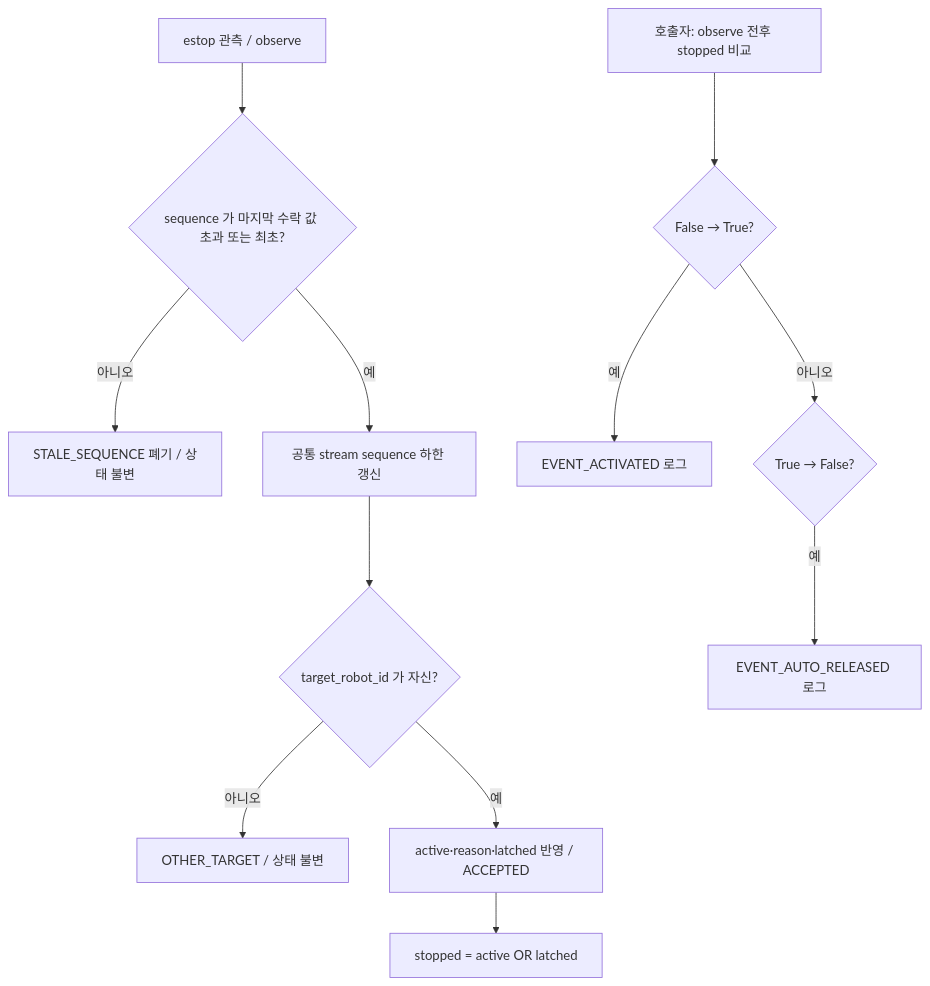
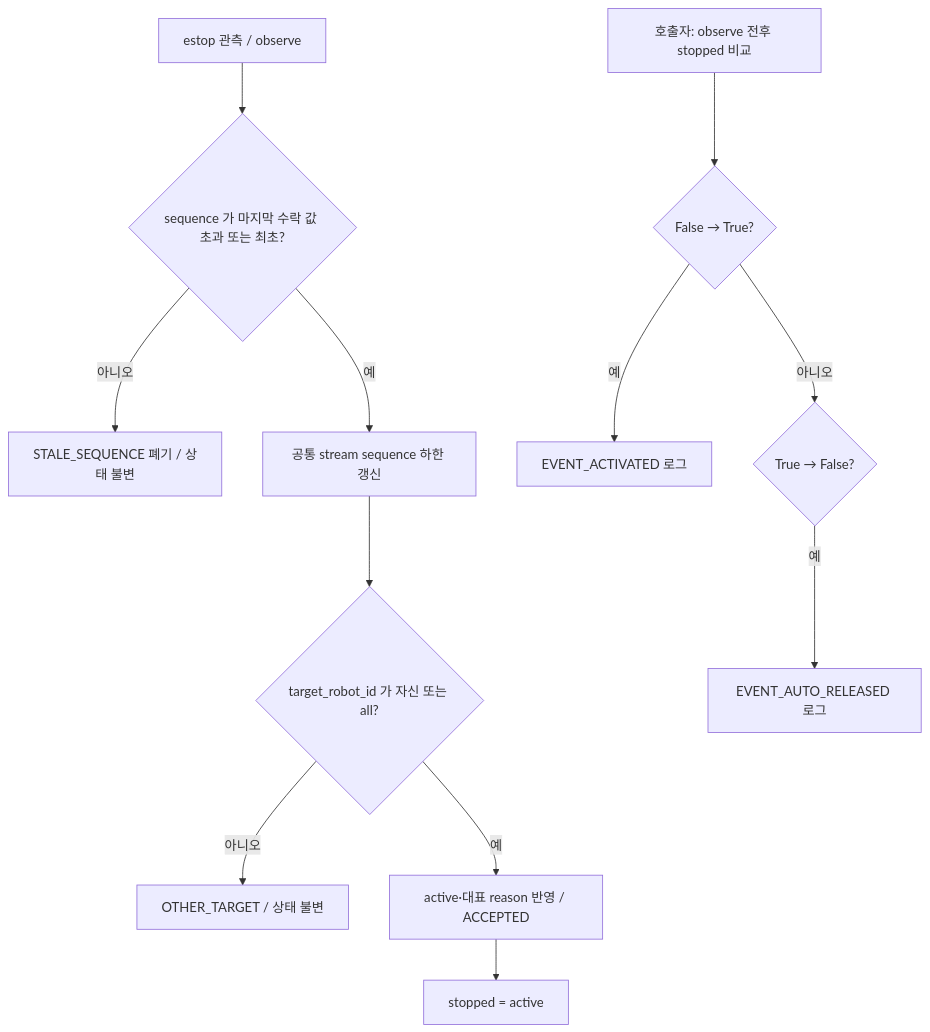
Before and after one commit to suuuhululu/patrol: the sixth of 20 diagrams in docs/amr.md, drawn with Mermaid. The commit also changed other lines of this file and 42 other files, not shown here.

```diff
--- a/docs/amr.md
+++ b/docs/amr.md
@@ -266,14 +261,14 @@
 ~~~mermaid
 flowchart TD
     MSG[estop 관측 / observe] --> SEQ{sequence 가 마지막 수락 값 초과 또는 최초?}
     SEQ -->|아니오| STL[STALE_SEQUENCE 폐기 / 상태 불변]
     SEQ -->|예| SET[공통 stream sequence 하한 갱신]
-    SET --> TARGET{target_robot_id 가 자신?}
+    SET --> TARGET{target_robot_id 가 자신 또는 all?}
     TARGET -->|아니오| OTHER[OTHER_TARGET / 상태 불변]
-    TARGET -->|예| ACC[active·reason·latched 반영 / ACCEPTED]
-    ACC --> STOPPED[stopped = active OR latched]
+    TARGET -->|예| ACC[active·대표 reason 반영 / ACCEPTED]
+    ACC --> STOPPED[stopped = active]
     Q[호출자: observe 전후 stopped 비교] --> T1{False → True?}
     T1 -->|예| EA[EVENT_ACTIVATED 로그]
     T1 -->|아니오| T2{True → False?}
     T2 -->|예| ER[EVENT_AUTO_RELEASED 로그]
 ~~~
```
